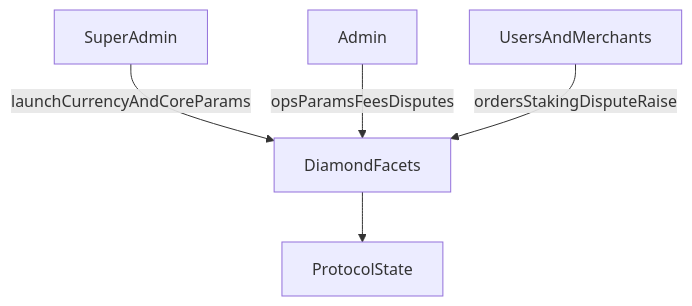
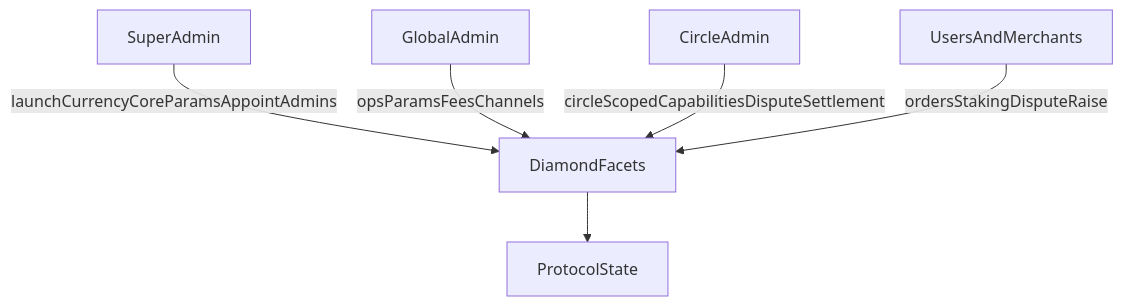
The first of 4 diagrams in sources/for-builders.md (uditstocks/docs.p2pdotme), drawn with Mermaid before and after one commit. The commit also changed other lines of this file and 22 other files, not shown here.

````diff
--- a/sources/for-builders.md
+++ b/sources/for-builders.md
@@ -35,13 +35,15 @@
 ```mermaid
 flowchart TD
     superAdmin[SuperAdmin]
-    admin[Admin]
+    globalAdmin[GlobalAdmin]
+    circleAdmin[CircleAdmin]
     users[UsersAndMerchants]
     facets[DiamondFacets]
     state[ProtocolState]
 
-    superAdmin -->|launchCurrencyAndCoreParams| facets
-    admin -->|opsParamsFeesDisputes| facets
+    superAdmin -->|launchCurrencyCoreParamsAppointAdmins| facets
+    globalAdmin -->|opsParamsFeesChannels| facets
+    circleAdmin -->|circleScopedCapabilitiesDisputeSettlement| facets
     users -->|ordersStakingDisputeRaise| facets
     facets --> state
 ```
````
